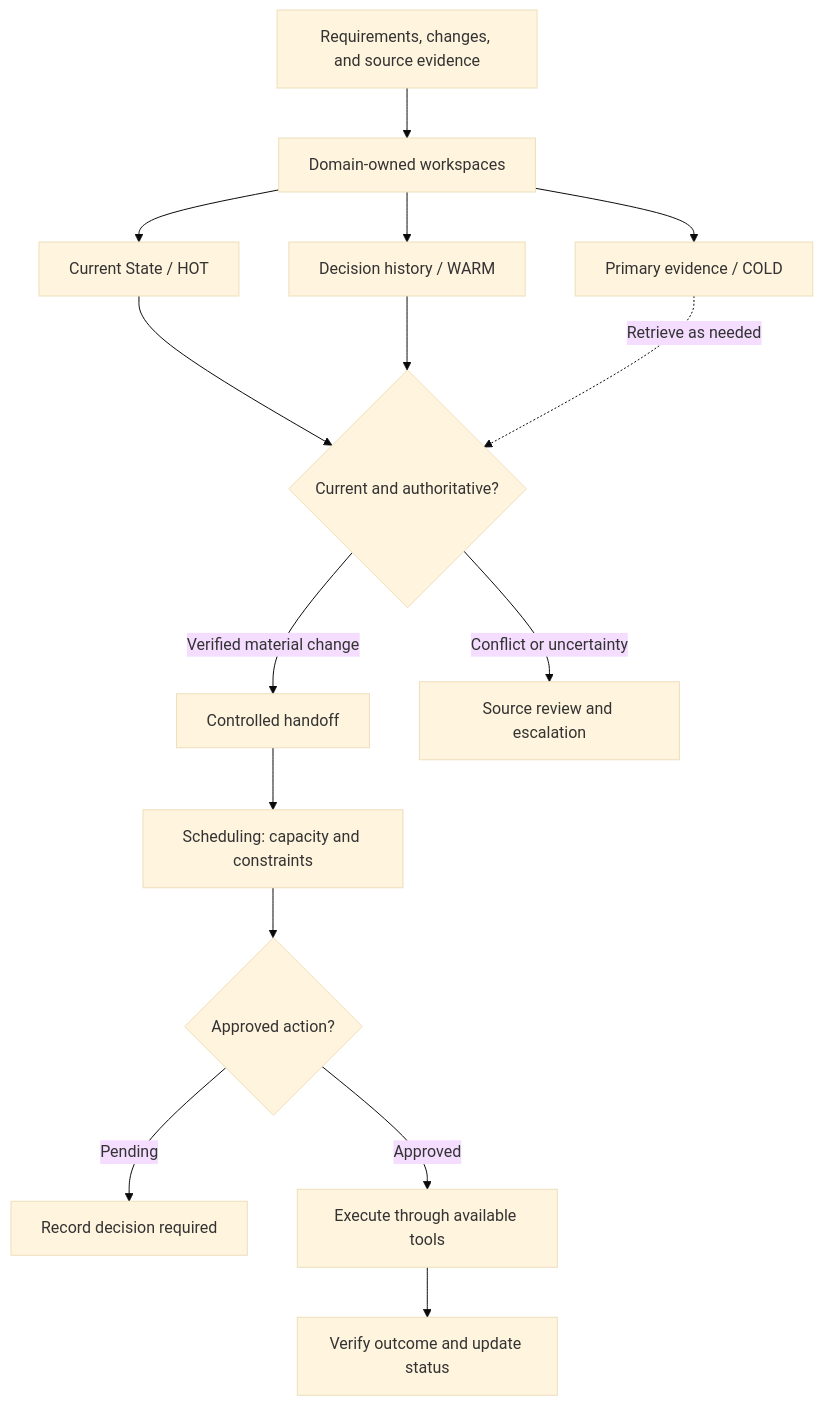
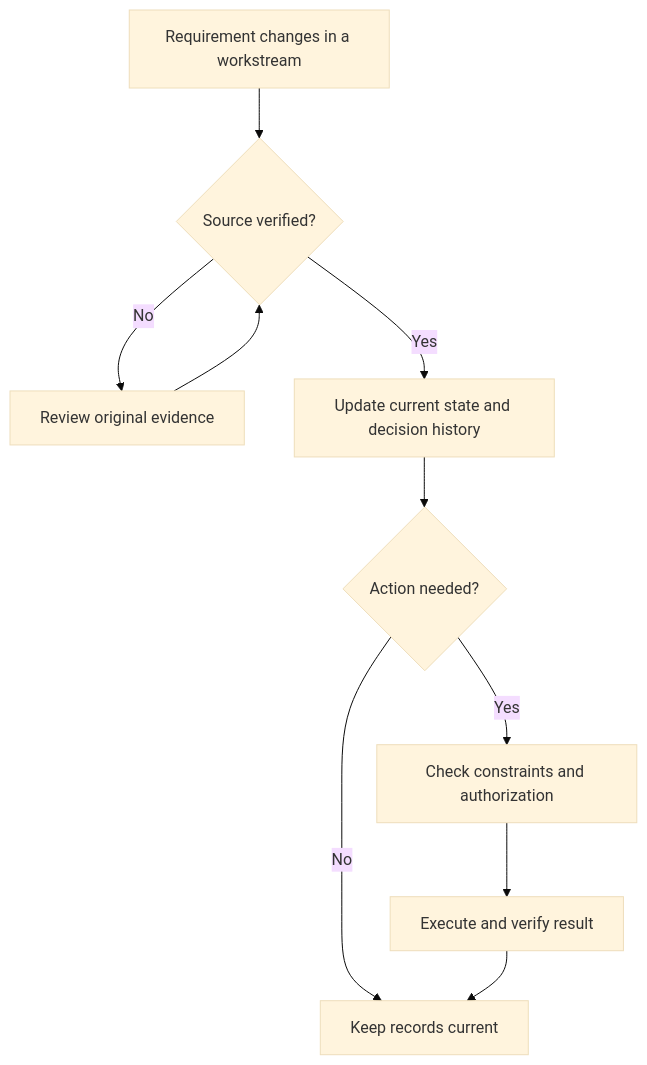
The diagram in README.md (ubongbuzzz-dev/ai-operations-knowledge-management), drawn with Mermaid (base theme) before and after one commit. The commit also changed other lines of this file and 4 other files, not shown here.

````diff
--- a/README.md
+++ b/README.md
@@ -29,17 +22,12 @@
 ```mermaid
 flowchart TD
-    A[Requirements, changes, and source evidence] --> B[Domain-owned workspaces]
-    B --> C[Current State / HOT]
-    B --> D[Decision history / WARM]
-    B --> E[Primary evidence / COLD]
-    C --> F{Current and authoritative?}
-    D --> F
-    E -. Retrieve as needed .-> F
-    F -->|Verified material change| G[Controlled handoff]
-    F -->|Conflict or uncertainty| H[Source review and escalation]
-    G --> I[Scheduling: capacity and constraints]
-    I --> J{Approved action?}
-    J -->|Pending| K[Record decision required]
-    J -->|Approved| L[Execute through available tools]
-    L --> M[Verify outcome and update status]
+    A[Requirement changes in a workstream] --> B{Source verified?}
+    B -->|No| C[Review original evidence]
+    C --> B
+    B -->|Yes| D[Update current state and decision history]
+    D --> E{Action needed?}
+    E -->|Yes| F[Check constraints and authorization]
+    F --> G[Execute and verify result]
+    E -->|No| H[Keep records current]
+    G --> H
 ```
````
